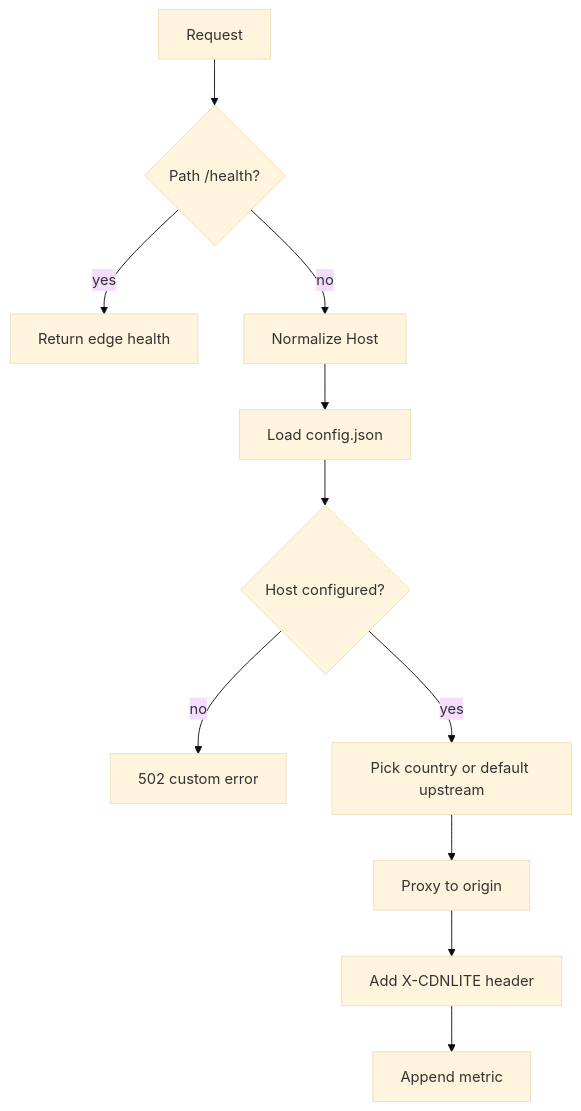
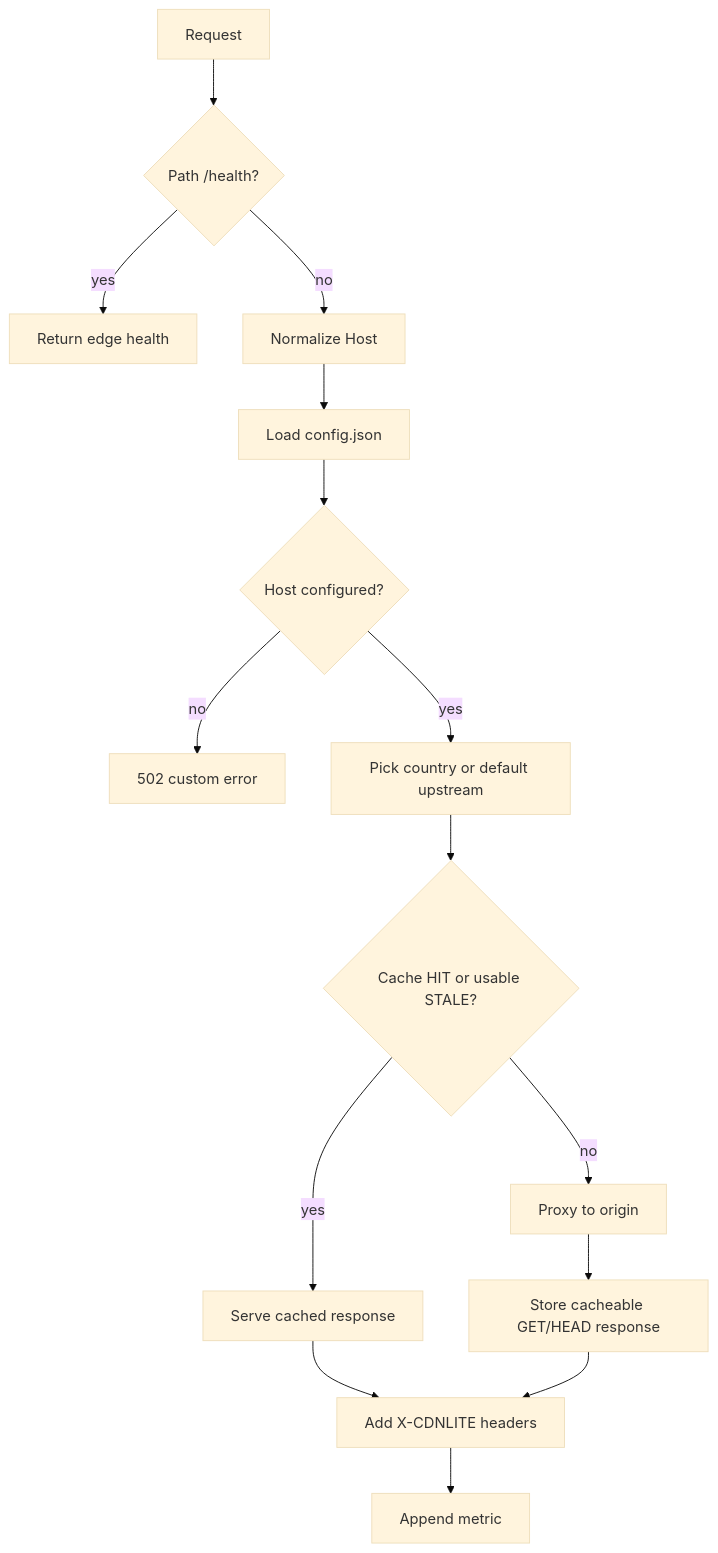
One commit to vaheed/CDNLite changed the second of 4 diagrams in docs/architecture.md. Above: the diagram before and after it, drawn with Mermaid (base theme). The commit also changed other lines of this file and 15 other files, not shown here.

````diff
--- a/docs/architecture.md
+++ b/docs/architecture.md
@@ -22,13 +22,17 @@
 ```mermaid
 flowchart TD
   A[Request] --> B{Path /health?}
   B -->|yes| C[Return edge health]
   B -->|no| D[Normalize Host]
   D --> E[Load config.json]
   E --> F{Host configured?}
   F -->|no| G[502 custom error]
   F -->|yes| H[Pick country or default upstream]
-  H --> I[Proxy to origin]
-  I --> J[Add X-CDNLITE header]
-  J --> K[Append metric]
+  H --> I{Cache HIT or usable STALE?}
+  I -->|yes| J[Serve cached response]
+  I -->|no| K[Proxy to origin]
+  K --> L[Store cacheable GET/HEAD response]
+  J --> M[Add X-CDNLITE headers]
+  L --> M
+  M --> N[Append metric]
 ```
````
